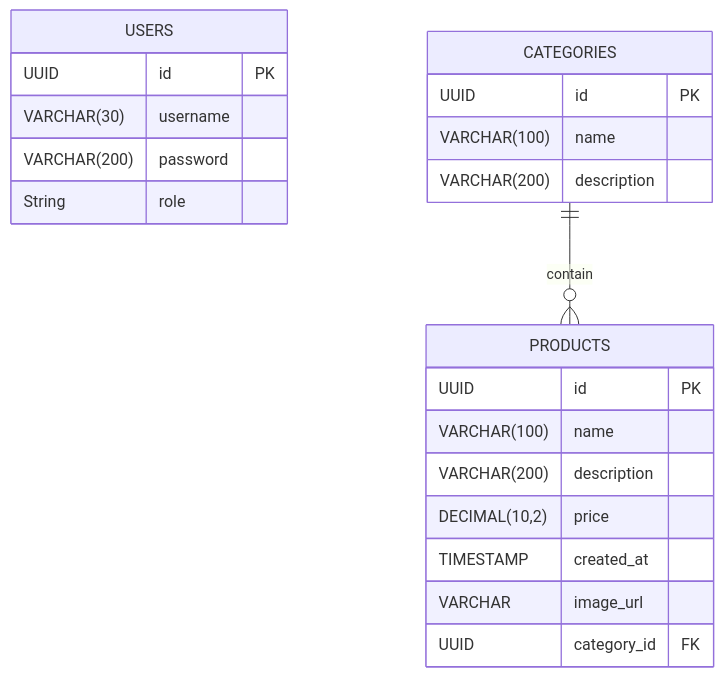
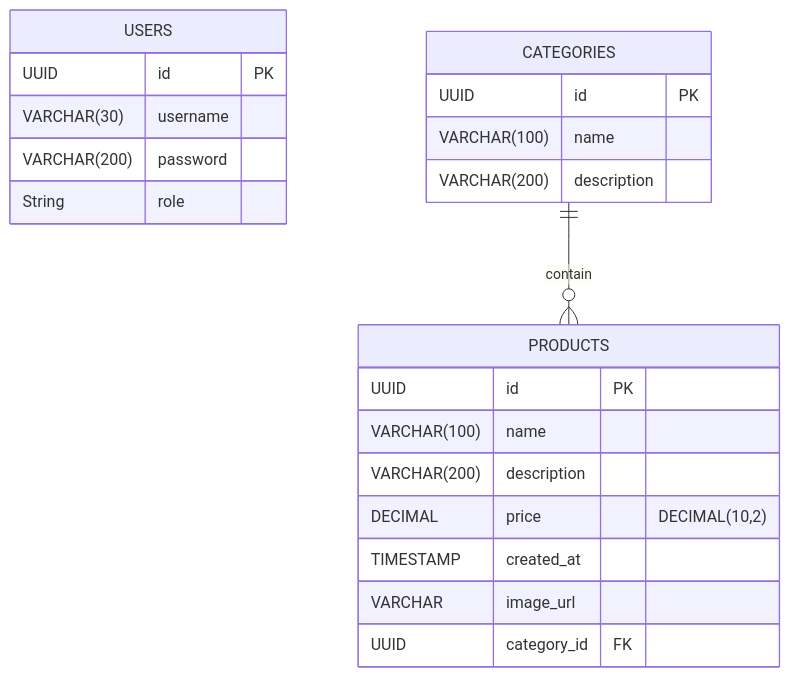
One commit to samanthamaiaduarte/product-catalog changed the second of 2 diagrams in README.md. Above: the diagram before and after it, drawn with Mermaid.

Commit message:
feat: README.md

````diff
--- a/README.md
+++ b/README.md
@@ -50,24 +50,24 @@
 ``` mermaid
 erDiagram
 USERS {
 UUID id PK
 VARCHAR(30) username
 VARCHAR(200) password
 String role
 }
 CATEGORIES ||--o{ PRODUCTS : contain
 CATEGORIES {
 UUID id PK
 VARCHAR(100) name
 VARCHAR(200) description
 }
 PRODUCTS {
 UUID id PK
 VARCHAR(100) name
 VARCHAR(200) description
-DECIMAL(10,2) price
+DECIMAL price "DECIMAL(10,2)"
 TIMESTAMP created_at
 VARCHAR image_url
 UUID category_id FK
 }
 ```
````
